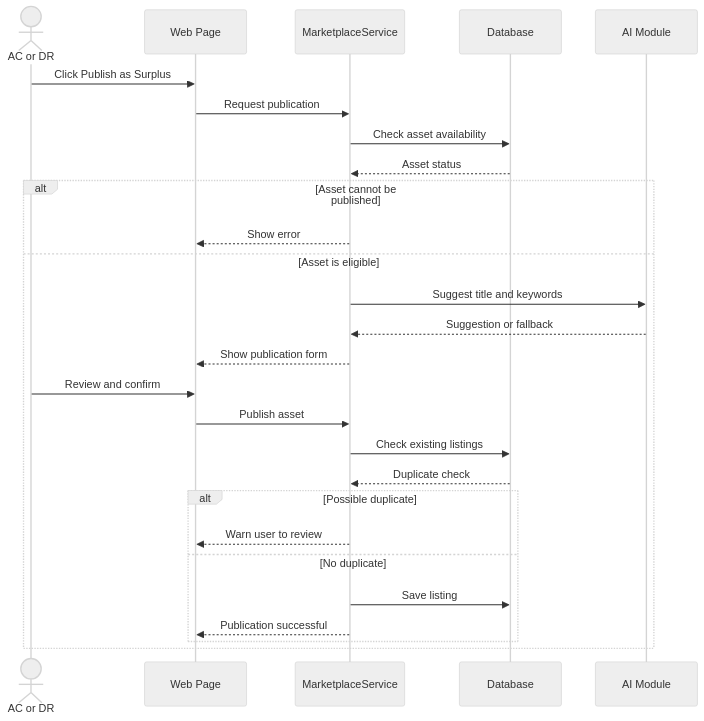
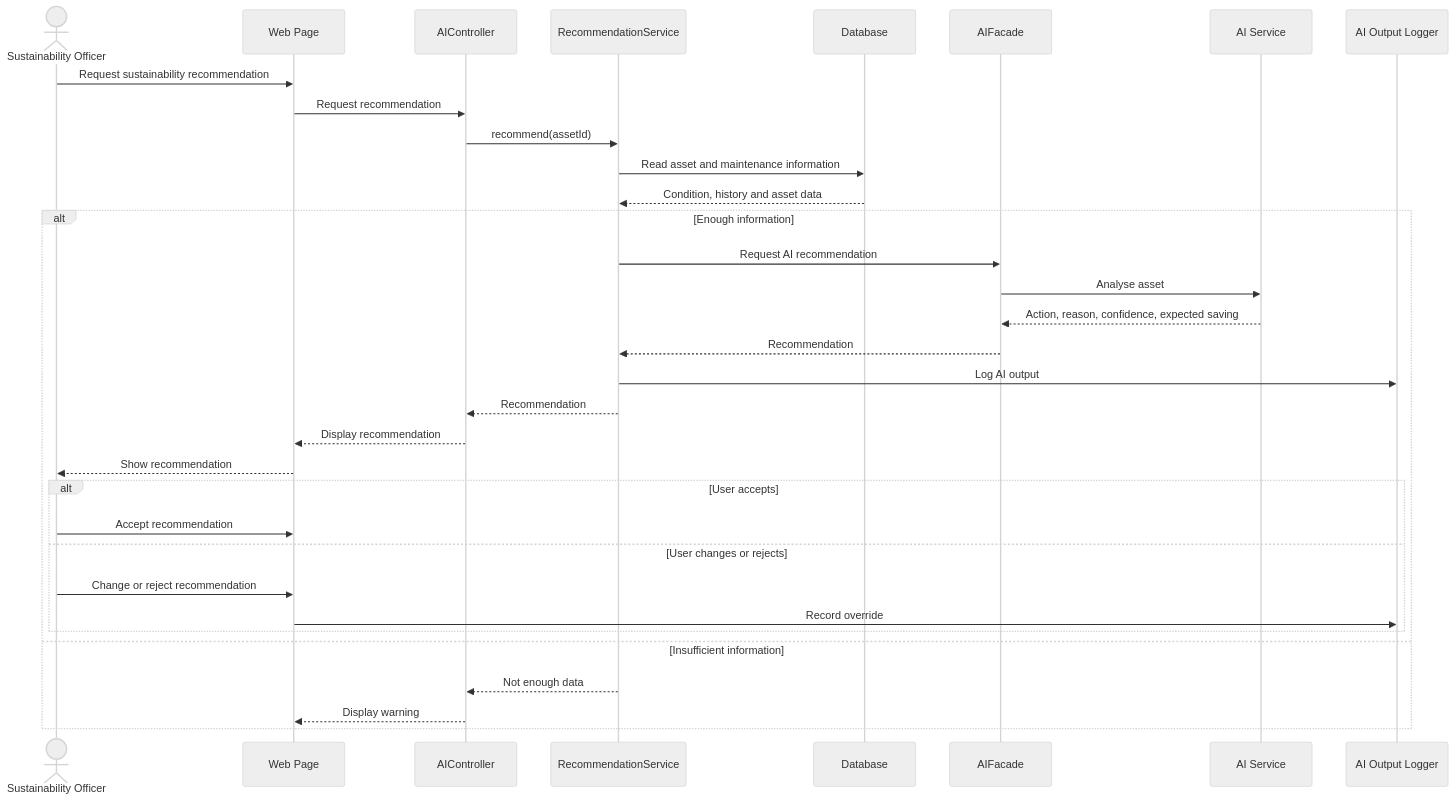
The third of 10 diagrams in phase 4-5/01_part1_assets_marketplace_requests.md (Abdulla66541/COSC336-GROUP5), drawn with Mermaid (neutral theme) before and after one commit. The commit also changed other lines of this file, not shown here.

````diff
--- a/phase 4-5/01_part1_assets_marketplace_requests.md
+++ b/phase 4-5/01_part1_assets_marketplace_requests.md
@@ -133,32 +151,39 @@
 ```mermaid
 sequenceDiagram
-    actor U as AC or DR
+    actor SO as Sustainability Officer
     participant UI as Web Page
-    participant S as MarketplaceService
+    participant AIC as AIController
+    participant RS as RecommendationService
     participant DB as Database
-    participant AI as AI Module
+    participant AF as AIFacade
+    participant AI as AI Service
+    participant LOG as AI Output Logger
 
-    U->>UI: Click Publish as Surplus
-    UI->>S: Request publication
-    S->>DB: Check asset availability
-    DB-->>S: Asset status
+    SO->>UI: Request sustainability recommendation
+    UI->>AIC: Request recommendation
+    AIC->>RS: recommend(assetId)
+    RS->>DB: Read asset and maintenance information
+    DB-->>RS: Condition, history and asset data
 
-    alt Asset cannot be published
-        S-->>UI: Show error
-    else Asset is eligible
-        S->>AI: Suggest title and keywords
-        AI-->>S: Suggestion or fallback
-        S-->>UI: Show publication form
-        U->>UI: Review and confirm
-        UI->>S: Publish asset
-        S->>DB: Check existing listings
-        DB-->>S: Duplicate check
+    alt Enough information
+        RS->>AF: Request AI recommendation
+        AF->>AI: Analyse asset
+        AI-->>AF: Action, reason, confidence, expected saving
+        AF-->>RS: Recommendation
+        RS->>LOG: Log AI output
+        RS-->>AIC: Recommendation
+        AIC-->>UI: Display recommendation
+        UI-->>SO: Show recommendation
 
-        alt Possible duplicate
-            S-->>UI: Warn user to review
-        else No duplicate
-            S->>DB: Save listing
-            S-->>UI: Publication successful
+        alt User accepts
+            SO->>UI: Accept recommendation
+        else User changes or rejects
+            SO->>UI: Change or reject recommendation
+            UI->>LOG: Record override
         end
+
+    else Insufficient information
+        RS-->>AIC: Not enough data
+        AIC-->>UI: Display warning
     end
 ```
````
